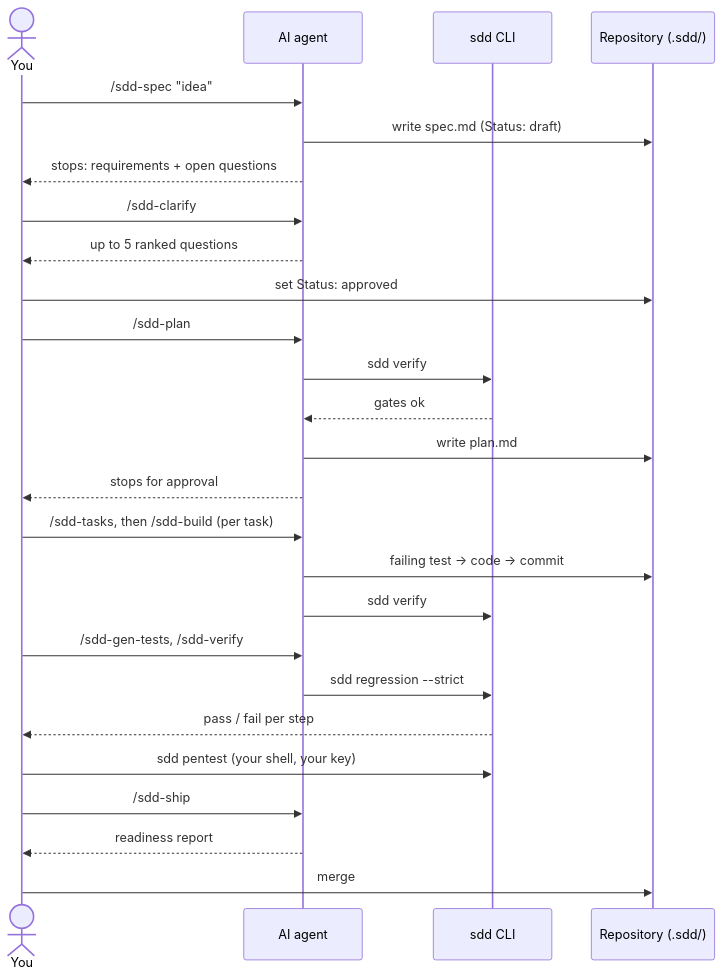
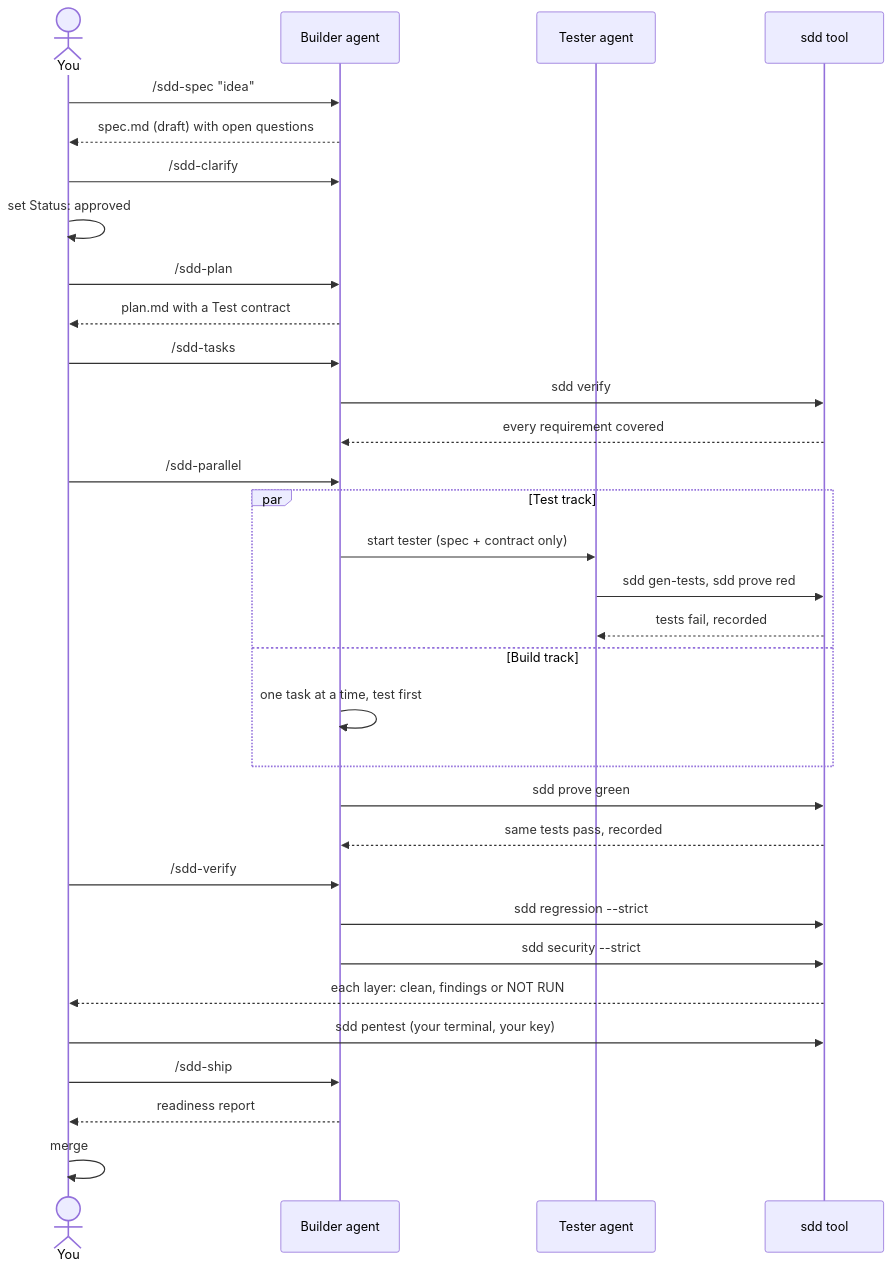
The first of 2 diagrams in skills/spec-driven-development-by-ashish-mohanty/references/Step-by-Step-Workflow.md (ashishmohanty-99/spec-driven-development), drawn with Mermaid before and after one commit. The commit also changed 10 other files, not shown here.

````diff
--- a/skills/spec-driven-development-by-ashish-mohanty/references/Step-by-Step-Workflow.md
+++ b/skills/spec-driven-development-by-ashish-mohanty/references/Step-by-Step-Workflow.md
@@ -5,29 +5,35 @@
 ```mermaid
 sequenceDiagram
     actor H as You
-    participant A as AI agent
-    participant C as sdd CLI
-    participant R as Repository (.sdd/)
+    participant A as Builder agent
+    participant T as Tester agent
+    participant C as sdd tool
 
     H->>A: /sdd-spec "idea"
-    A->>R: write spec.md (Status: draft)
-    A-->>H: stops: requirements + open questions
+    A-->>H: spec.md (draft) with open questions
     H->>A: /sdd-clarify
-    A-->>H: up to 5 ranked questions
-    H->>R: set Status: approved
+    H->>H: set Status: approved
     H->>A: /sdd-plan
+    A-->>H: plan.md with a Test contract
+    H->>A: /sdd-tasks
     A->>C: sdd verify
-    C-->>A: gates ok
-    A->>R: write plan.md
-    A-->>H: stops for approval
-    H->>A: /sdd-tasks, then /sdd-build (per task)
-    A->>R: failing test → code → commit
-    A->>C: sdd verify
-    H->>A: /sdd-gen-tests, /sdd-verify
+    C-->>A: every requirement covered
+    H->>A: /sdd-parallel
+    par Test track
+        A->>T: start tester (spec + contract only)
+        T->>C: sdd gen-tests, sdd prove red
+        C-->>T: tests fail, recorded
+    and Build track
+        A->>A: one task at a time, test first
+    end
+    A->>C: sdd prove green
+    C-->>A: same tests pass, recorded
+    H->>A: /sdd-verify
     A->>C: sdd regression --strict
-    C-->>H: pass / fail per step
-    H->>C: sdd pentest (your shell, your key)
+    A->>C: sdd security --strict
+    C-->>H: each layer: clean, findings or NOT RUN
+    H->>C: sdd pentest (your terminal, your key)
     H->>A: /sdd-ship
     A-->>H: readiness report
-    H->>R: merge
+    H->>H: merge
 ```
````
